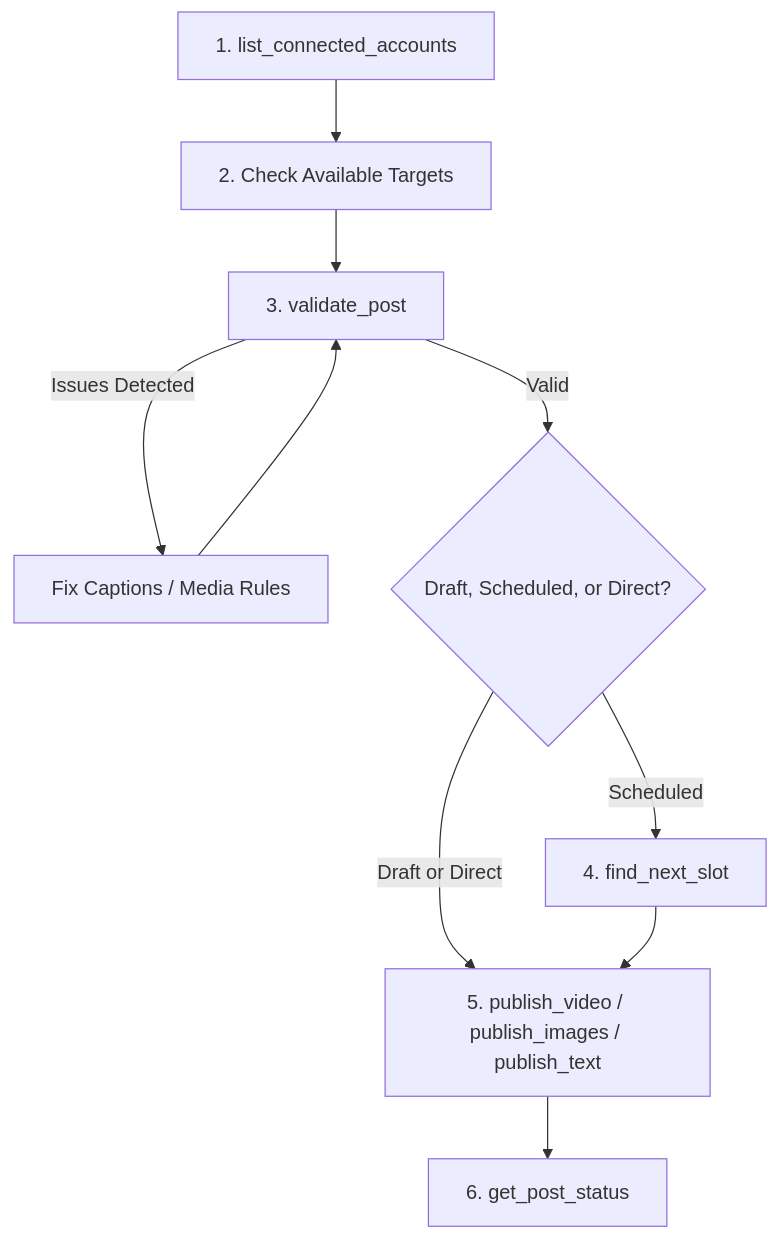
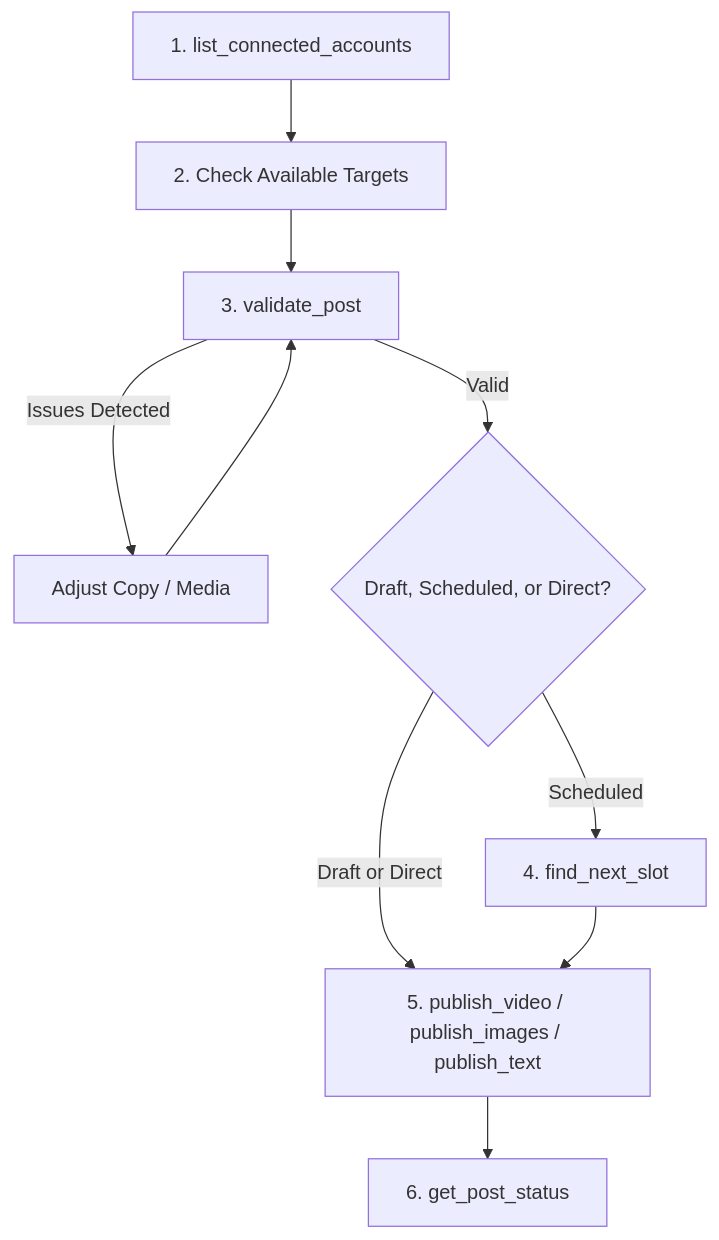
Before and after one commit to tokun02/publishonce-agent-skills: the diagram in skills/publishonce/SKILL.md, drawn with Mermaid. The commit also changed other lines of this file and 1 other file, not shown here.

````diff
--- a/skills/publishonce/SKILL.md
+++ b/skills/publishonce/SKILL.md
@@ -23,12 +38,12 @@
 ```mermaid
 flowchart TD
     A[1. list_connected_accounts] --> B[2. Check Available Targets]
     B --> C[3. validate_post]
-    C -->|Issues Detected| D[Fix Captions / Media Rules]
+    C -->|Issues Detected| D[Adjust Copy / Media]
     D --> C
     C -->|Valid| E{Draft, Scheduled, or Direct?}
     E -->|Scheduled| F[4. find_next_slot]
     E -->|Draft or Direct| G[5. publish_video / publish_images / publish_text]
     F --> G
     G --> H[6. get_post_status]
 ```
````
